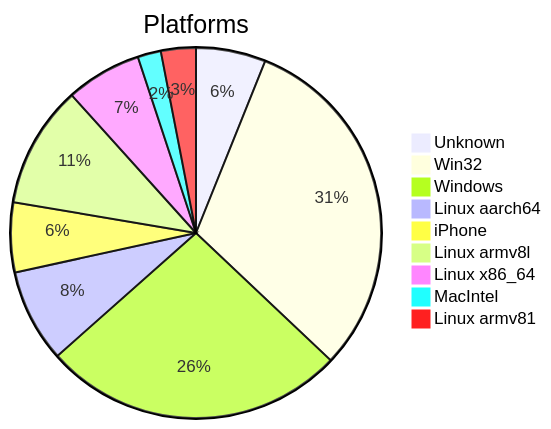
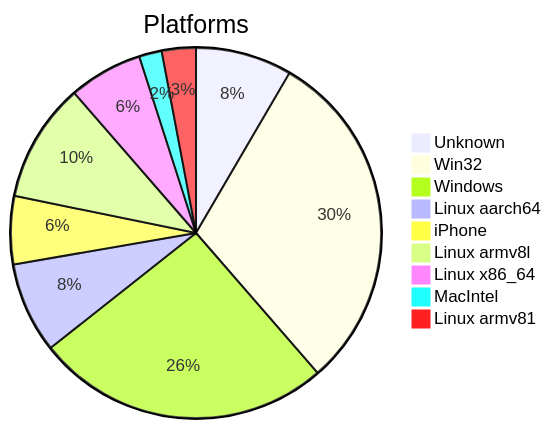
The first of 2 diagrams in DATA_REPORT.md (Krugou/socials), drawn with Mermaid before and after one commit. The commit also changed other lines of this file and 2 other files, not shown here.

````diff
--- a/DATA_REPORT.md
+++ b/DATA_REPORT.md
@@ -9,12 +9,12 @@
 ```mermaid
 pie title Platforms
-    "Unknown" : 12
+    "Unknown" : 17
     "Win32" : 61
     "Windows" : 52
     "Linux aarch64" : 16
     "iPhone" : 12
     "Linux armv8l" : 21
     "Linux x86_64" : 13
     "MacIntel" : 4
     "Linux armv81" : 6
 ```
````
